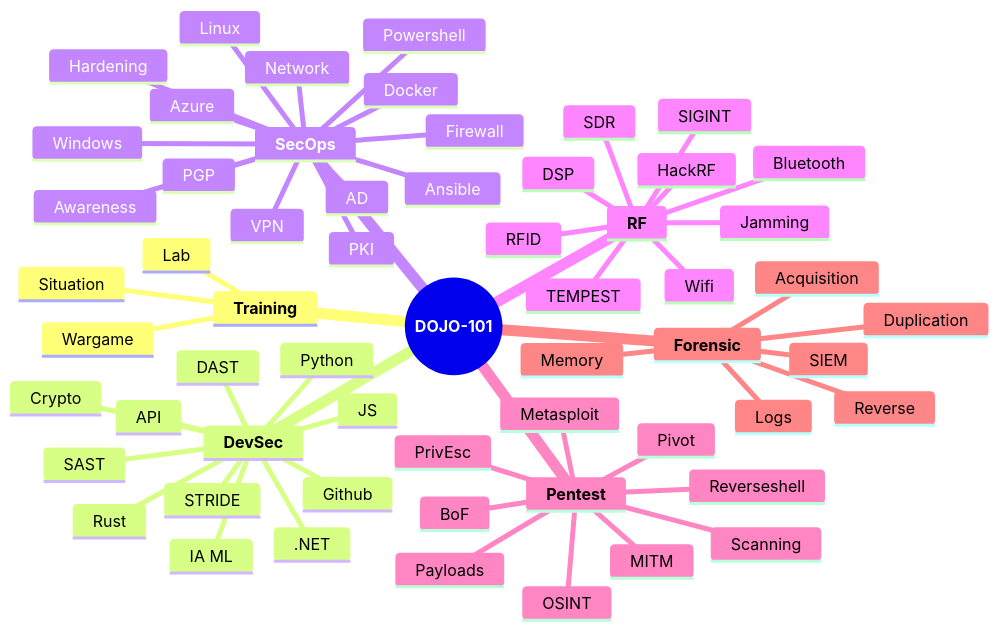
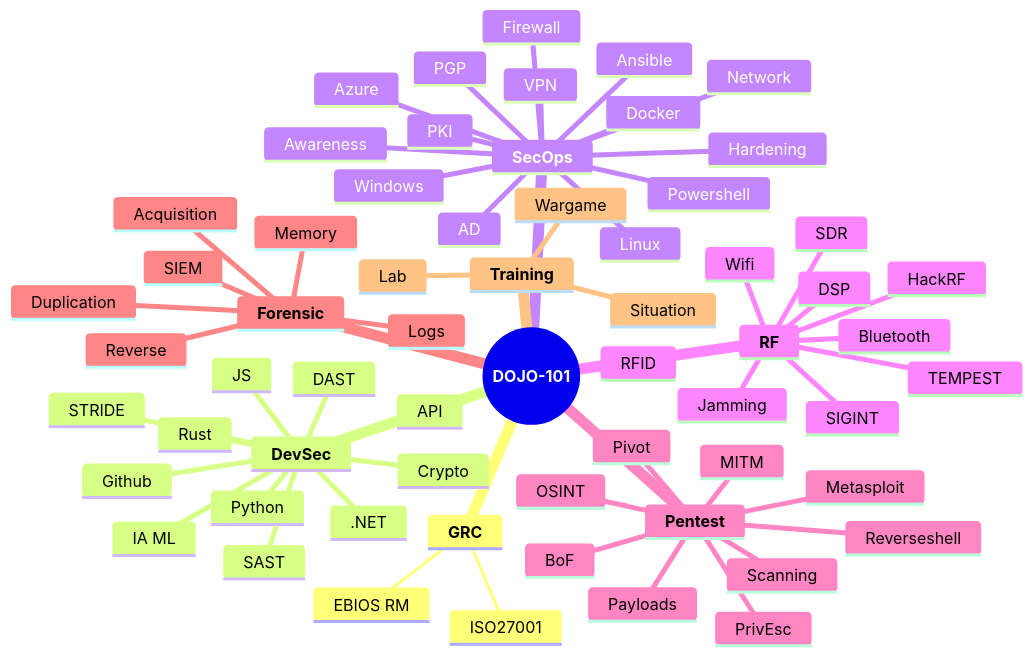
One commit to Aif4thah/Dojo-101 changed the diagram in README.md. Above: the diagram before and after it, drawn with Mermaid. The commit also changed 1 other file, not shown here.

````diff
--- a/README.md
+++ b/README.md
@@ -27,67 +27,73 @@
 ```mermaid
 mindmap
   root((**DOJO-101**))
-    **Training**
-        Lab
-        Situation
-        Wargame
+
+      **GRC**
+        ISO27001
+        EBIOS RM
     
     **DevSec**
         Crypto
         Github
         IA ML
         SAST
         DAST
         STRIDE
         API
         Python
         .NET
         JS
         Rust
 
     **SecOps**
         Awareness
         Hardening
         Windows
         AD
         Linux
         Azure
         Docker
         Ansible
         Powershell
         Firewall
         VPN
         PKI
         PGP
         Network
 
     **RF**
         SDR
         DSP
         TEMPEST
         SIGINT
         Wifi
         RFID
         Bluetooth
         Jamming
         HackRF
 
     **Pentest**
         OSINT
         Scanning
         Metasploit
         BoF
         MITM
         Payloads
         Reverseshell
         Pivot
         PrivEsc
 
     **Forensic**
         Acquisition
         Duplication
         Memory
         Reverse
         Logs
         SIEM
+
+    **Training**
+        Lab
+        Situation
+        Wargame
+
 ```
````
